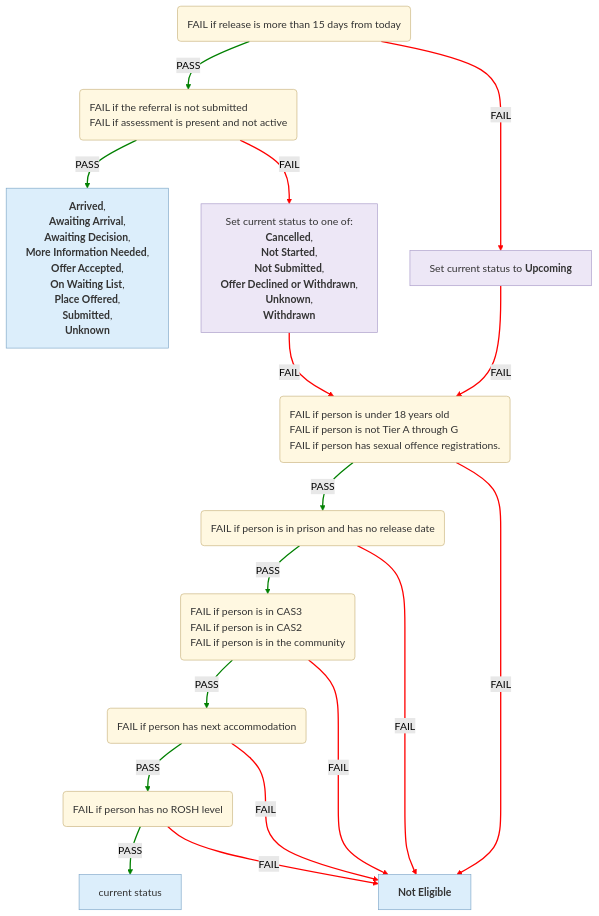
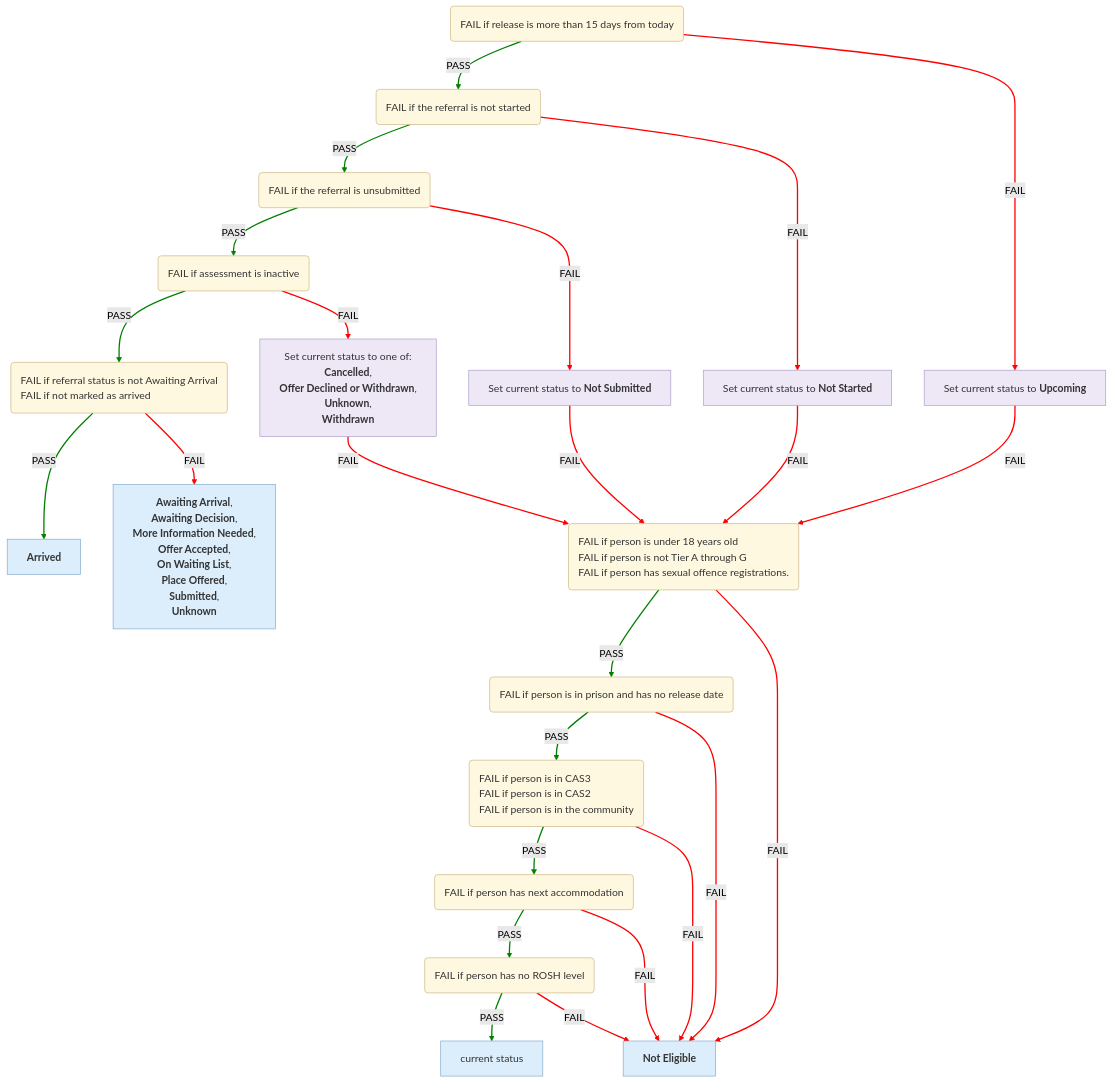
Before and after one commit to ministryofjustice/hmpps-single-accommodation-service-api: the second of 6 diagrams in docs/eligibility-rules-graph.md, drawn with Mermaid (forest theme). The commit also changed other lines of this file and 19 other files, not shown here.

Commit message:
chore/SAS-1566-split-context-updater-statuses-CAS1

````diff
--- a/docs/eligibility-rules-graph.md
+++ b/docs/eligibility-rules-graph.md
@@ -135,59 +164,70 @@
 ```mermaid
 %%{init: {"flowchart": {"wrappingWidth": 800}}}%%
 flowchart TD
   Release_Within_15_Days("<div style='text-align:left'>FAIL if release is more than 15 days from today</div>")
-  CAS2_Referral("<div style='text-align:left'>FAIL if the referral is not submitted
-FAIL if assessment is present and not active</div>")
-  outcome_Cas2ActiveContextUpdater["<b>Arrived</b>,
- <b>Awaiting Arrival</b>,
+  CAS2_Referral("<div style='text-align:left'>FAIL if the referral is not started</div>")
+  CAS2_Submitted_Referral("<div style='text-align:left'>FAIL if the referral is unsubmitted</div>")
+  CAS2_Assessment("<div style='text-align:left'>FAIL if assessment is inactive</div>")
+  CAS2_Arrived("<div style='text-align:left'>FAIL if referral status is not Awaiting Arrival
+FAIL if not marked as arrived</div>")
+  outcome_Cas2ArrivedContextUpdater["<b>Arrived</b>"]
+  outcome_Cas2NotArrivedContextUpdater["<b>Awaiting Arrival</b>,
  <b>Awaiting Decision</b>,
  <b>More Information Needed</b>,
  <b>Offer Accepted</b>,
  <b>On Waiting List</b>,
  <b>Place Offered</b>,
  <b>Submitted</b>,
  <b>Unknown</b>"]
-  updater_Cas2StartContextUpdater["Set current status to one of:
+  updater_Cas2NotActiveContextUpdater["Set current status to one of:
 <b>Cancelled</b>,
- <b>Not Started</b>,
- <b>Not Submitted</b>,
  <b>Offer Declined or Withdrawn</b>,
  <b>Unknown</b>,
  <b>Withdrawn</b>"]
   Person_Eligible("<div style='text-align:left'>FAIL if person is under 18 years old
 FAIL if person is not Tier A through G
 FAIL if person has sexual offence registrations.</div>")
   Release_Date_Eligible("<div style='text-align:left'>FAIL if person is in prison and has no release date</div>")
   Current_Accommodation_Eligible_For_CAS2("<div style='text-align:left'>FAIL if person is in CAS3
 FAIL if person is in CAS2
 FAIL if person is in the community</div>")
   No_Next_Accommodation("<div style='text-align:left'>FAIL if person has next accommodation</div>")
   ROSH_Eligible("<div style='text-align:left'>FAIL if person has no ROSH level</div>")
   confirmed["current status"]
   CAS2_NOT_ELIGIBLE["<b>Not Eligible</b>"]
+  updater_Cas2NotSubmittedContextUpdater["Set current status to <b>Not Submitted</b>"]
+  updater_Cas2StartContextUpdater["Set current status to <b>Not Started</b>"]
   updater_Cas2UpcomingContextUpdater["Set current status to <b>Upcoming</b>"]
-  CAS2_Referral -->|PASS| outcome_Cas2ActiveContextUpdater
-  CAS2_Referral -->|FAIL| updater_Cas2StartContextUpdater
+  CAS2_Arrived -->|PASS| outcome_Cas2ArrivedContextUpdater
+  CAS2_Arrived -->|FAIL| outcome_Cas2NotArrivedContextUpdater
+  CAS2_Assessment -->|PASS| CAS2_Arrived
+  CAS2_Assessment -->|FAIL| updater_Cas2NotActiveContextUpdater
   ROSH_Eligible -->|PASS| confirmed
   ROSH_Eligible -->|FAIL| CAS2_NOT_ELIGIBLE
   No_Next_Accommodation -->|PASS| ROSH_Eligible
   No_Next_Accommodation -->|FAIL| CAS2_NOT_ELIGIBLE
   Current_Accommodation_Eligible_For_CAS2 -->|PASS| No_Next_Accommodation
   Current_Accommodation_Eligible_For_CAS2 -->|FAIL| CAS2_NOT_ELIGIBLE
   Release_Date_Eligible -->|PASS| Current_Accommodation_Eligible_For_CAS2
   Release_Date_Eligible -->|FAIL| CAS2_NOT_ELIGIBLE
   Person_Eligible -->|PASS| Release_Date_Eligible
   Person_Eligible -->|FAIL| CAS2_NOT_ELIGIBLE
+  updater_Cas2NotActiveContextUpdater -->|FAIL| Person_Eligible
+  CAS2_Submitted_Referral -->|PASS| CAS2_Assessment
+  CAS2_Submitted_Referral -->|FAIL| updater_Cas2NotSubmittedContextUpdater
+  updater_Cas2NotSubmittedContextUpdater -->|FAIL| Person_Eligible
+  CAS2_Referral -->|PASS| CAS2_Submitted_Referral
+  CAS2_Referral -->|FAIL| updater_Cas2StartContextUpdater
   updater_Cas2StartContextUpdater -->|FAIL| Person_Eligible
   Release_Within_15_Days -->|PASS| CAS2_Referral
   Release_Within_15_Days -->|FAIL| updater_Cas2UpcomingContextUpdater
   updater_Cas2UpcomingContextUpdater -->|FAIL| Person_Eligible
-  linkStyle 0,2,4,6,8,10,13 stroke:green,stroke-width:2px
-  linkStyle 1,3,5,7,9,11,12,14,15 stroke:red,stroke-width:2px
+  linkStyle 0,2,4,6,8,10,12,15,18,21 stroke:green,stroke-width:2px
+  linkStyle 1,3,5,7,9,11,13,14,16,17,19,20,22,23 stroke:red,stroke-width:2px
   classDef ruleSetNode fill:#FFF8E1,stroke:#C9B37E,color:#333
   classDef outcomeNode fill:#DCEEFB,stroke:#7FA7C9,color:#333
   classDef updaterNode fill:#EDE7F6,stroke:#A99BC9,color:#333
-  class Release_Within_15_Days,CAS2_Referral,Person_Eligible,Release_Date_Eligible,Current_Accommodation_Eligible_For_CAS2,No_Next_Accommodation,ROSH_Eligible ruleSetNode
-  class outcome_Cas2ActiveContextUpdater,confirmed,CAS2_NOT_ELIGIBLE outcomeNode
-  class updater_Cas2StartContextUpdater,updater_Cas2UpcomingContextUpdater updaterNode
+  class Release_Within_15_Days,CAS2_Referral,CAS2_Submitted_Referral,CAS2_Assessment,CAS2_Arrived,Person_Eligible,Release_Date_Eligible,Current_Accommodation_Eligible_For_CAS2,No_Next_Accommodation,ROSH_Eligible ruleSetNode
+  class outcome_Cas2ArrivedContextUpdater,outcome_Cas2NotArrivedContextUpdater,confirmed,CAS2_NOT_ELIGIBLE outcomeNode
+  class updater_Cas2NotActiveContextUpdater,updater_Cas2NotSubmittedContextUpdater,updater_Cas2StartContextUpdater,updater_Cas2UpcomingContextUpdater updaterNode
 ```
````
